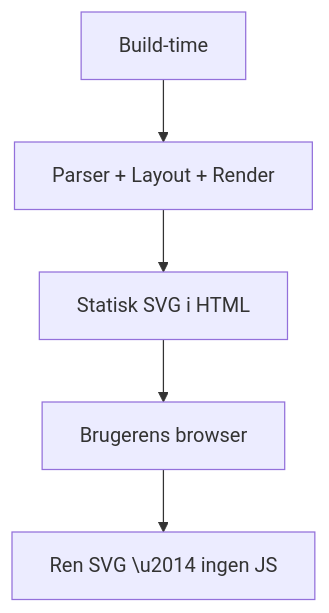
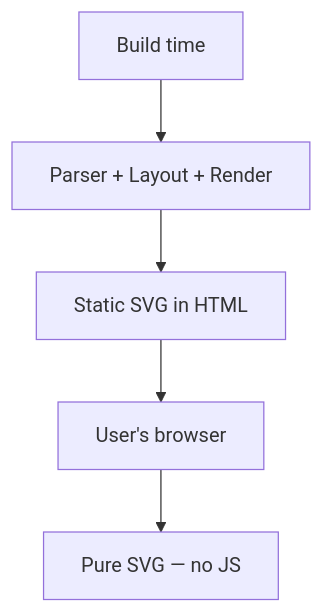
One commit to KlangHaus/vitepress-plugin-diagram changed the third of 3 diagrams in docs/guide/how-it-works.md. Above: the diagram before and after it, drawn with Mermaid. The commit also changed other lines of this file and 3 other files, not shown here.

````diff
--- a/docs/guide/how-it-works.md
+++ b/docs/guide/how-it-works.md
@@ -53,7 +64,7 @@
 ```mermaid
 graph TD
-  A[Build-time] --> B[Parser + Layout + Render]
-  B --> C[Statisk SVG i HTML]
-  C --> D[Brugerens browser]
-  D --> E[Ren SVG \u2014 ingen JS]
+  A[Build time] --> B[Parser + Layout + Render]
+  B --> C[Static SVG in HTML]
+  C --> D[User's browser]
+  D --> E[Pure SVG — no JS]
 ```
````
